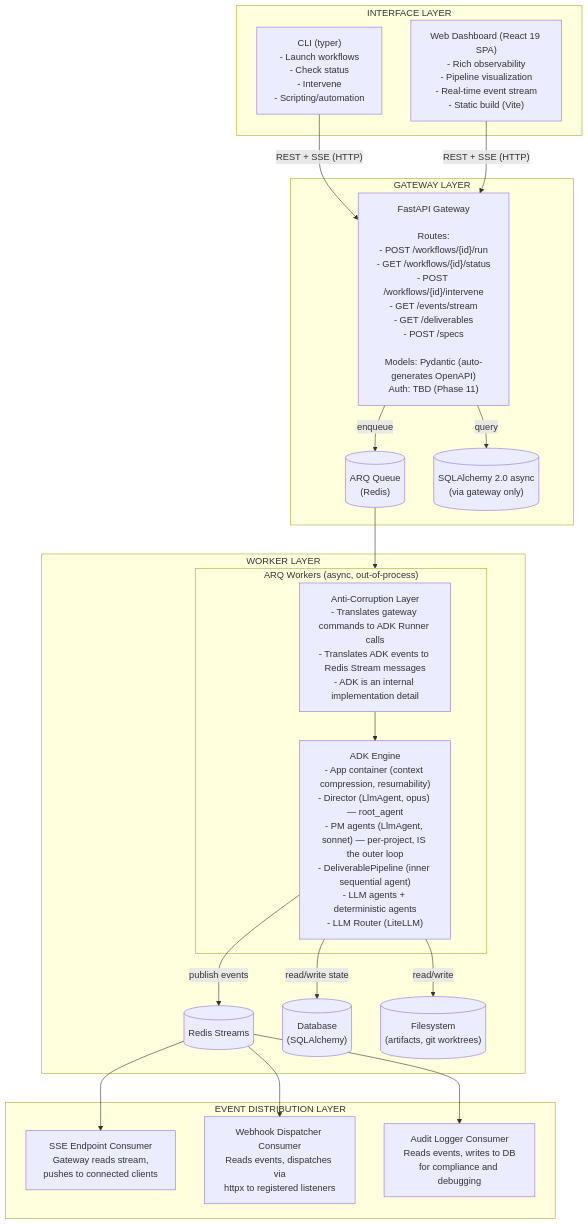
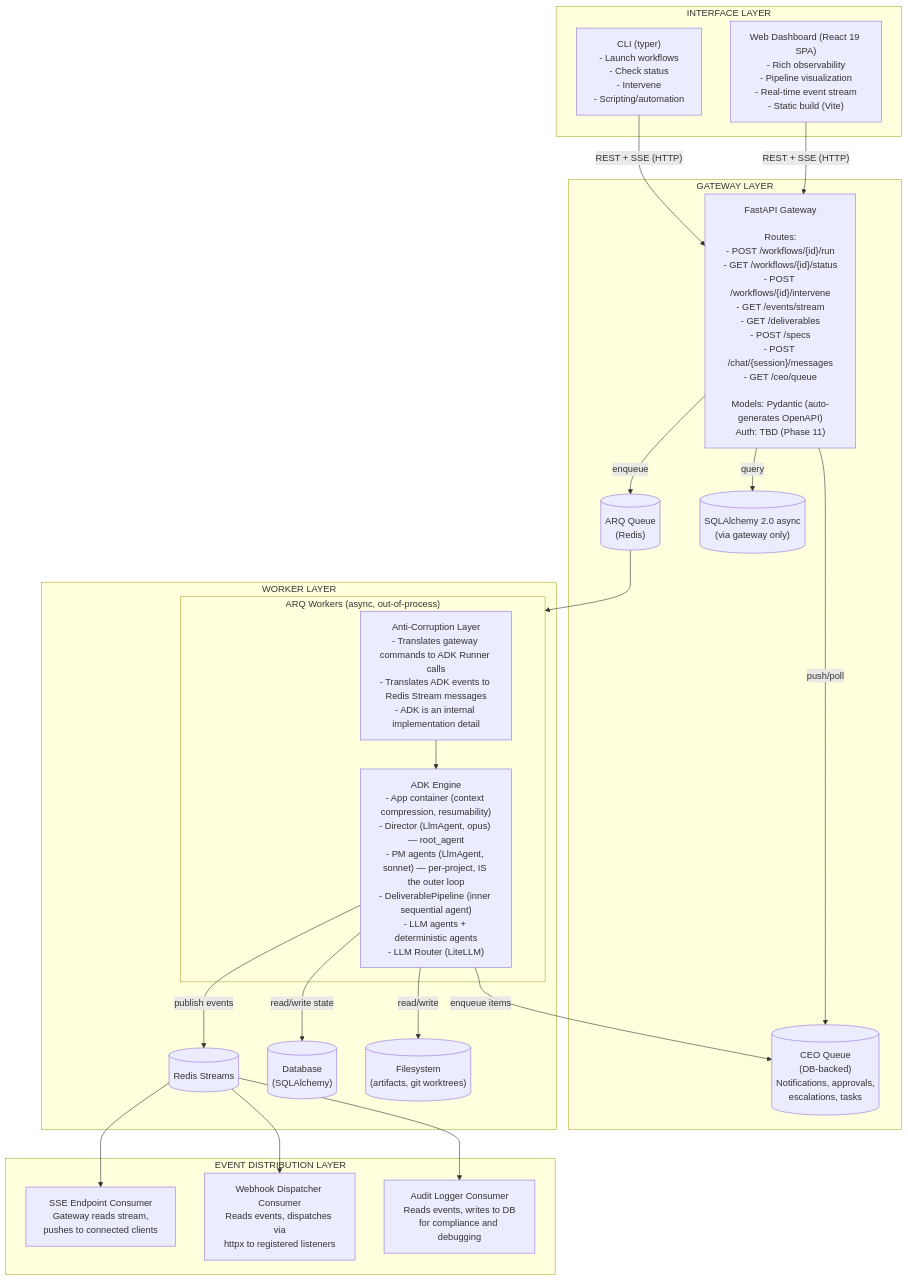
One commit to BechtelR/AutoBuilder changed the first of 5 diagrams in .dev/02-ARCHITECTURE.md. Above: the diagram before and after it, drawn with Mermaid. The commit also changed other lines of this file and 24 other files, not shown here.

Commit message:
docs: Decisions #40-48; stateless agents, CEO queue, ADK-native   toolset, deterministic safety ops; Removed stale refs to BatchOrchestrator

````diff
--- a/.dev/02-ARCHITECTURE.md
+++ b/.dev/02-ARCHITECTURE.md
@@ -21,39 +21,42 @@
 ```mermaid
 flowchart TB
     subgraph INTERFACE["INTERFACE LAYER"]
         CLI["CLI (typer)\n- Launch workflows\n- Check status\n- Intervene\n- Scripting/automation"]
         Dashboard["Web Dashboard (React 19 SPA)\n- Rich observability\n- Pipeline visualization\n- Real-time event stream\n- Static build (Vite)"]
     end
 
     subgraph GATEWAY["GATEWAY LAYER"]
-        FastAPI["FastAPI Gateway\n\nRoutes:\n- POST /workflows/{id}/run\n- GET /workflows/{id}/status\n- POST /workflows/{id}/intervene\n- GET /events/stream\n- GET /deliverables\n- POST /specs\n\nModels: Pydantic (auto-generates OpenAPI)\nAuth: TBD (Phase 11)"]
+        FastAPI["FastAPI Gateway\n\nRoutes:\n- POST /workflows/{id}/run\n- GET /workflows/{id}/status\n- POST /workflows/{id}/intervene\n- GET /events/stream\n- GET /deliverables\n- POST /specs\n- POST /chat/{session}/messages\n- GET /ceo/queue\n\nModels: Pydantic (auto-generates OpenAPI)\nAuth: TBD (Phase 11)"]
         ARQ[("ARQ Queue\n(Redis)")]
         DB[("SQLAlchemy 2.0 async\n(via gateway only)")]
+        CEOQueue[("CEO Queue\n(DB-backed)\nNotifications, approvals,\nescalations, tasks")]
     end
 
     subgraph WORKER["WORKER LAYER"]
         subgraph ARQWorkers["ARQ Workers (async, out-of-process)"]
             ACL["Anti-Corruption Layer\n- Translates gateway commands to ADK Runner calls\n- Translates ADK events to Redis Stream messages\n- ADK is an internal implementation detail"]
             ADK["ADK Engine\n- App container (context compression, resumability)\n- Director (LlmAgent, opus) — root_agent\n- PM agents (LlmAgent, sonnet) — per-project, IS the outer loop\n- DeliverablePipeline (inner sequential agent)\n- LLM agents + deterministic agents\n- LLM Router (LiteLLM)"]
             ACL --> ADK
         end
         Streams[("Redis Streams")]
         Database[("Database\n(SQLAlchemy)")]
         Filesystem[("Filesystem\n(artifacts, git worktrees)")]
     end
 
     subgraph EVENTS["EVENT DISTRIBUTION LAYER"]
         SSE["SSE Endpoint Consumer\nGateway reads stream,\npushes to connected clients"]
         Webhook["Webhook Dispatcher Consumer\nReads events, dispatches via\nhttpx to registered listeners"]
         Audit["Audit Logger Consumer\nReads events, writes to DB\nfor compliance and debugging"]
     end
 
     CLI & Dashboard -->|"REST + SSE (HTTP)"| FastAPI
     FastAPI -->|enqueue| ARQ
     FastAPI -->|query| DB
+    FastAPI -->|push/poll| CEOQueue
     ARQ --> ARQWorkers
     ADK -->|publish events| Streams
+    ADK -->|enqueue items| CEOQueue
     ADK -->|read/write state| Database
     ADK -->|read/write| Filesystem
     Streams --> SSE & Webhook & Audit
 ```
````
